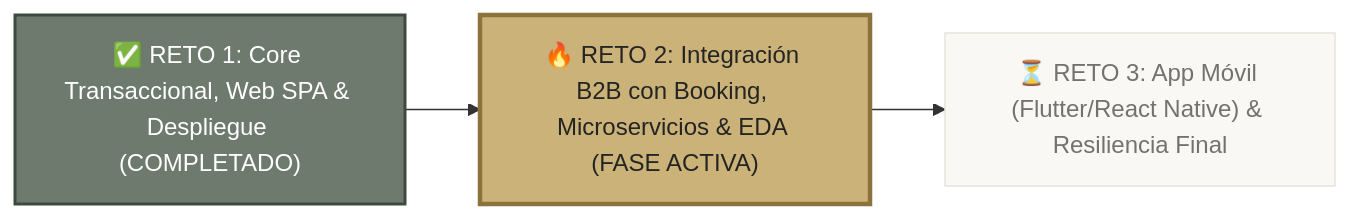
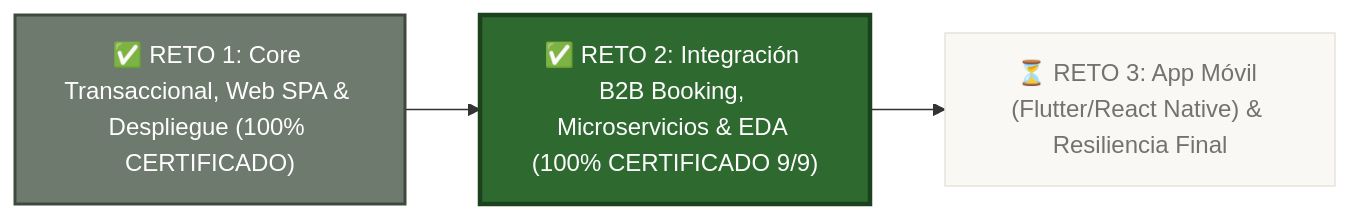
Before and after one commit to JArguelloC/habitat-ec: the first of 2 diagrams in docs/Roadmap_Habitat_EC.md, drawn with Mermaid. The commit also changed other lines of this file, not shown here.

Commit message:
docs(roadmap): update Reto 2 status to 100% certified with all B2B microservices and Azure deployment

````diff
--- a/docs/Roadmap_Habitat_EC.md
+++ b/docs/Roadmap_Habitat_EC.md
@@ -12,10 +12,10 @@
 ```mermaid
 flowchart LR
-    R1["✅ RETO 1: Core Transaccional, Web SPA & Despliegue (COMPLETADO)"]
-    R2["🔥 RETO 2: Integración B2B con Booking, Microservicios & EDA (FASE ACTIVA)"]
+    R1["✅ RETO 1: Core Transaccional, Web SPA & Despliegue (100% CERTIFICADO)"]
+    R2["✅ RETO 2: Integración B2B Booking, Microservicios & EDA (100% CERTIFICADO 9/9)"]
     R3["⏳ RETO 3: App Móvil (Flutter/React Native) & Resiliencia Final"]
     R1 --> R2 --> R3
     style R1 fill:#6E7A6E,stroke:#3E4A3E,stroke-width:2px,color:#FFFFFF
-    style R2 fill:#CBB279,stroke:#8C733E,stroke-width:3px,color:#242523
+    style R2 fill:#2E6930,stroke:#1C421D,stroke-width:3px,color:#FFFFFF
     style R3 fill:#F9F8F5,stroke:#E7E4DC,stroke-width:1px,color:#73726E
 ```
````
